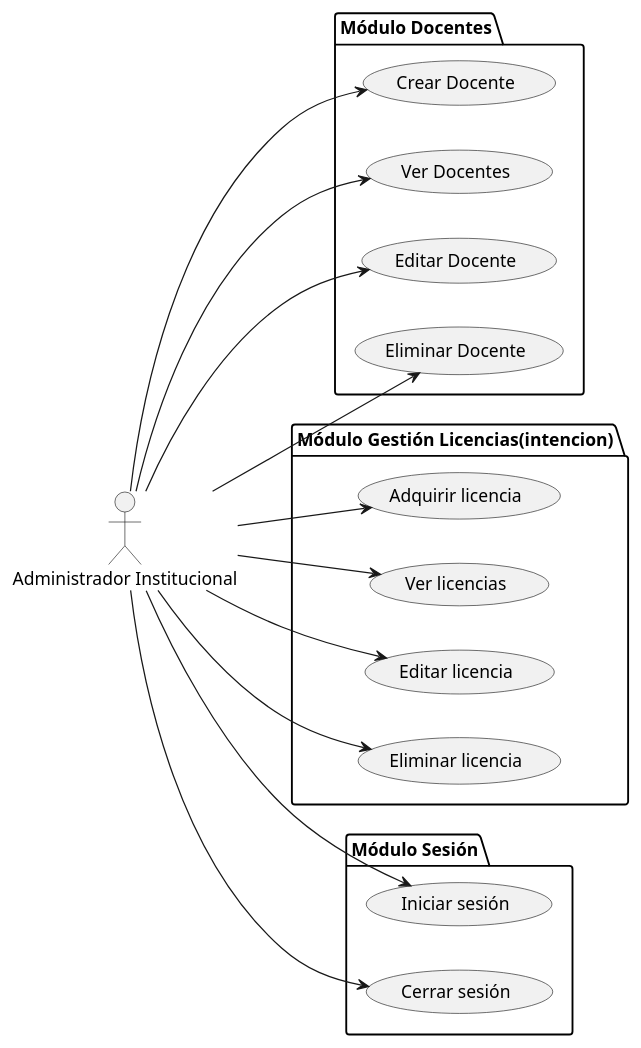
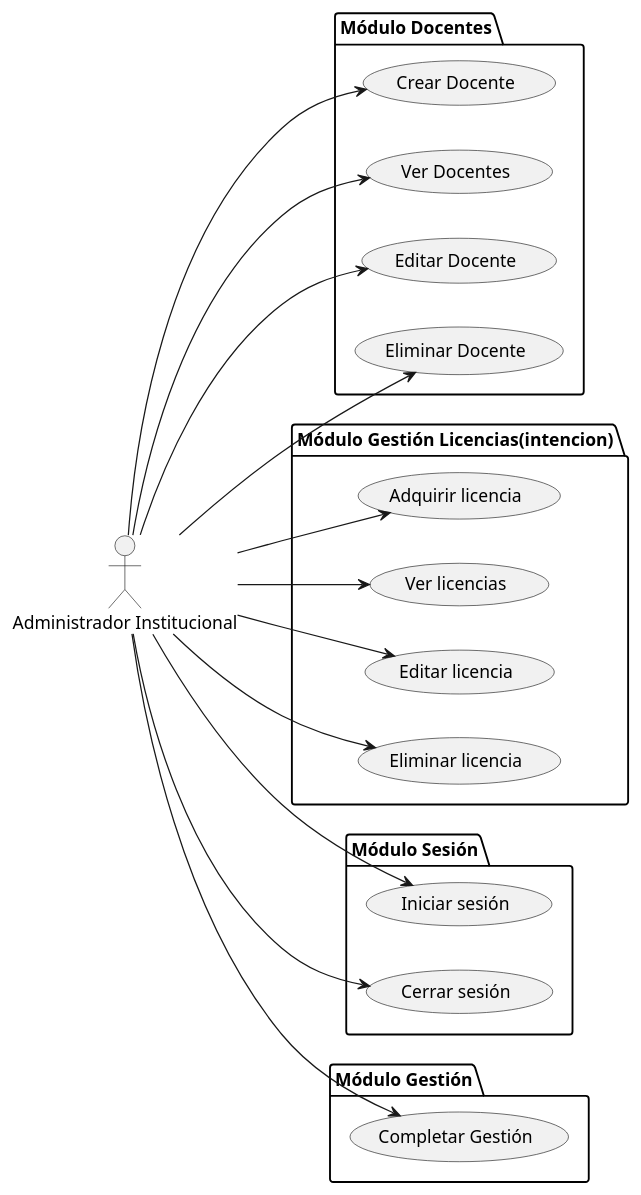
One commit to martinlopez7/25-26-IdSw1-SdR changed the diagram in documents/casos-de-uso/encontrarActoresYCasosDeUso/actoresYCasosDeUso-administradorInstitucional.puml. Above: the diagram before and after it, drawn with PlantUML. The commit also changed 1 other file, not shown here.

```diff
--- a/documents/casos-de-uso/encontrarActoresYCasosDeUso/actoresYCasosDeUso-administradorInstitucional.puml
+++ b/documents/casos-de-uso/encontrarActoresYCasosDeUso/actoresYCasosDeUso-administradorInstitucional.puml
@@ -1,37 +1,42 @@
 @startuml actoresYCasosDeUso-administradorInstitucional
 
 left to right direction
 
 actor "Administrador Institucional" as admin
 
 package "Módulo Docentes" {
   usecase "Crear Docente" as UC32
   usecase "Ver Docentes" as UC33
   usecase "Editar Docente" as UC34
   usecase "Eliminar Docente" as UC35
 }
 
 package "Módulo Gestión Licencias(intencion)" {
   usecase "Adquirir licencia" as UC36
   usecase "Ver licencias" as UC37
   usecase "Editar licencia" as UC38
   usecase "Eliminar licencia" as UC39
 }
 
 package "Módulo Sesión" {
   usecase "Iniciar sesión" as UC41
   usecase "Cerrar sesión" as UC42
 }
+package "Módulo Gestión" {
+  usecase "Completar Gestión" as UC13
 
+}
+
+admin --> UC13
 admin --> UC32
 admin --> UC33
 admin --> UC34
 admin --> UC35
 admin --> UC36
 admin --> UC37
 admin --> UC38
 admin --> UC39
 admin --> UC41
 admin --> UC42
 
 @enduml
```
